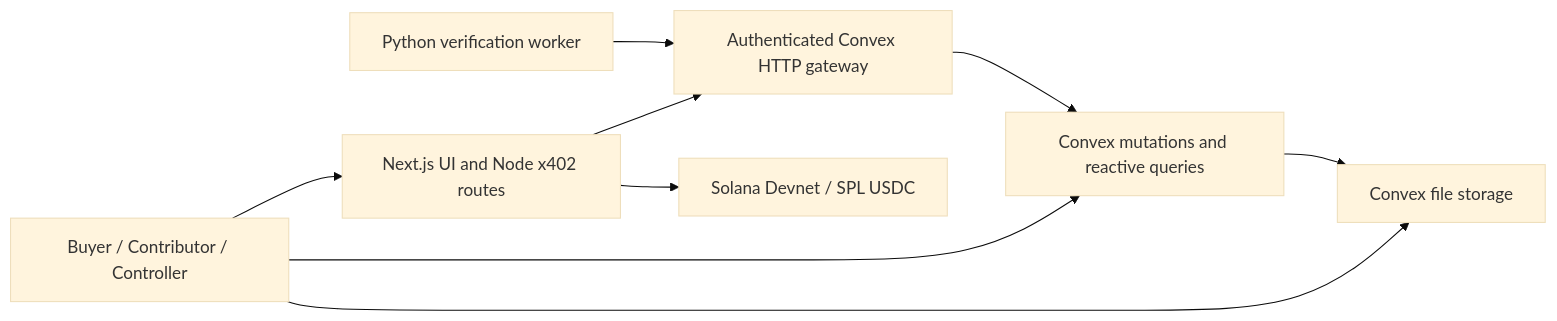
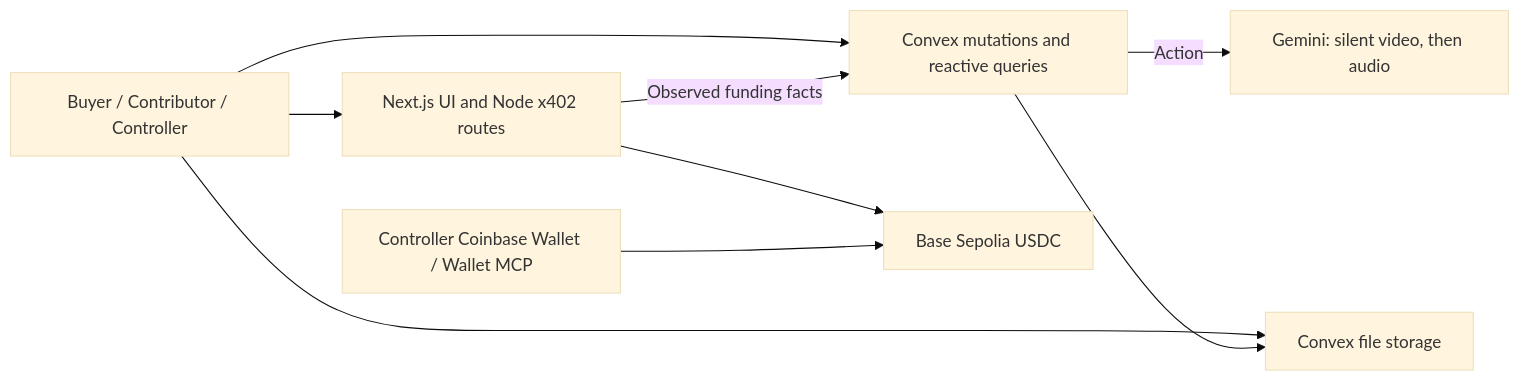
The diagram in docs/backend.md (stephenhungg/skarl), drawn with Mermaid (base theme) before and after one commit. The commit also changed other lines of this file and 21 other files, not shown here.

First line of the commit message:
docs: pivot to Base Sepolia and Coinbase x402, replace roadmap with 8-hour plan

````diff
--- a/docs/backend.md
+++ b/docs/backend.md
@@ -18,11 +22,11 @@
 ```mermaid
 flowchart LR
   Browser[Buyer / Contributor / Controller] --> Web[Next.js UI and Node x402 routes]
   Browser --> Convex[Convex mutations and reactive queries]
   Browser --> Files[Convex file storage]
-  Web --> Gateway[Authenticated Convex HTTP gateway]
-  Worker[Python verification worker] --> Gateway
-  Gateway --> Convex
+  Web -->|Observed funding facts| Convex
+  Convex -->|Action| Gemini[Gemini: silent video, then audio]
   Convex --> Files
-  Web --> Chain[Solana Devnet / SPL USDC]
+  Web --> Chain[Base Sepolia USDC]
+  Wallet[Controller Coinbase Wallet / Wallet MCP] --> Chain
 ```
````
